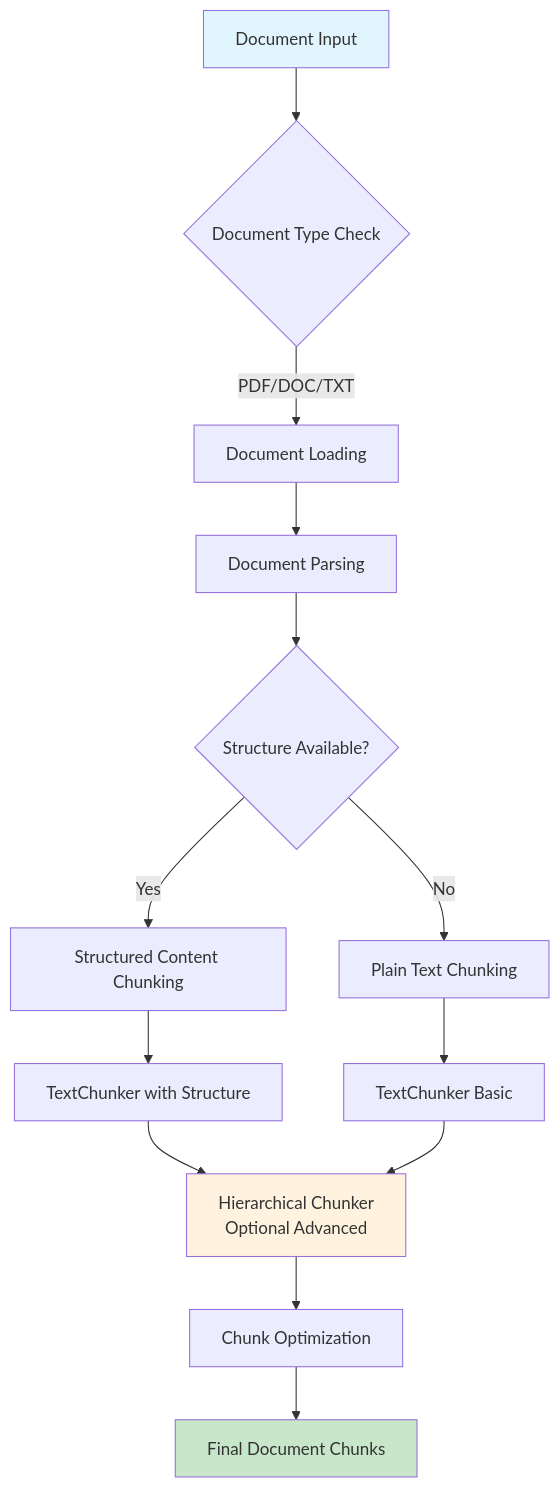
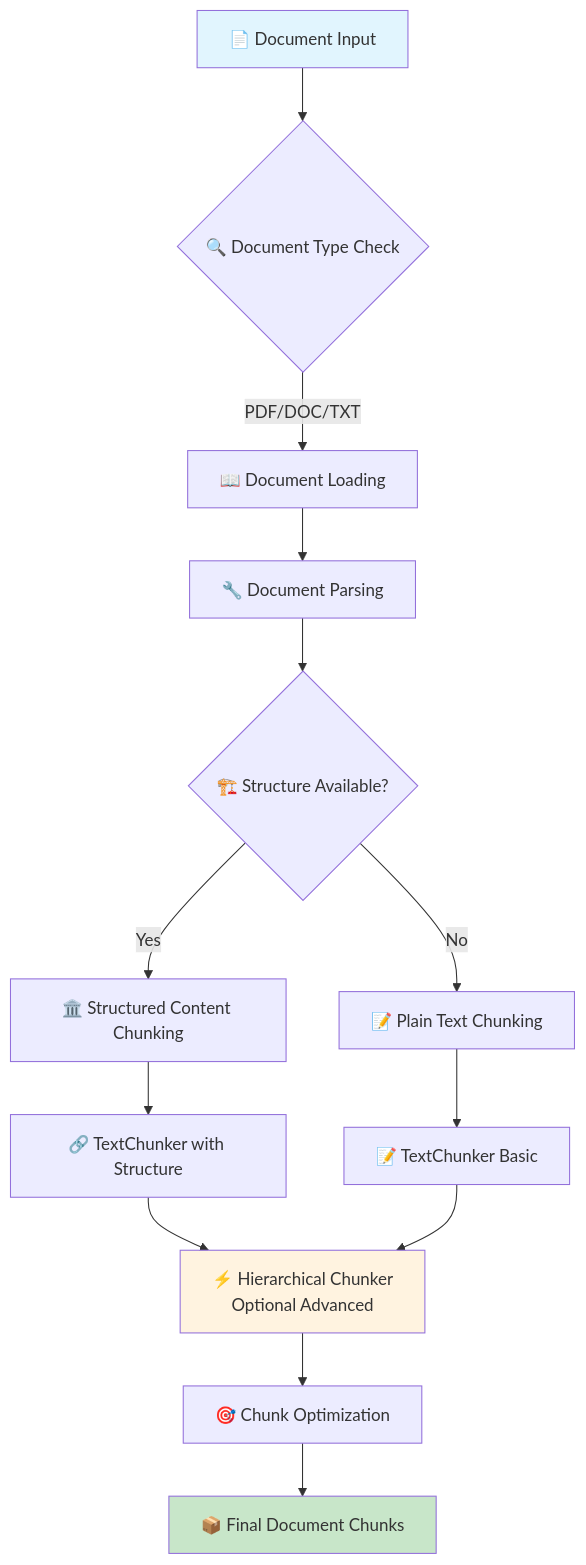
One commit to excetra-product-lab/chat_with_docs changed the second of 7 diagrams in README.md. Above: the diagram before and after it, drawn with Mermaid. The commit also changed other lines of this file, not shown here.

First line of the commit message:
docs: improve README chunking documentation with clearer diagrams and examples

````diff
--- a/README.md
+++ b/README.md
@@ -169,19 +192,19 @@
 ```mermaid
 graph TD
-    A[Document Input] --> B{Document Type Check}
-    B -->|PDF/DOC/TXT| C[Document Loading]
-    C --> D[Document Parsing]
-    D --> E{Structure Available?}
-    E -->|Yes| F[Structured Content Chunking]
-    E -->|No| G[Plain Text Chunking]
-    F --> H[TextChunker with Structure]
-    G --> I[TextChunker Basic]
-    H --> J[Hierarchical Chunker<br/>Optional Advanced]
+    A[📄 Document Input] --> B{🔍 Document Type Check}
+    B -->|PDF/DOC/TXT| C[📖 Document Loading]
+    C --> D[🔧 Document Parsing]
+    D --> E{🏗️ Structure Available?}
+    E -->|Yes| F[🏛️ Structured Content Chunking]
+    E -->|No| G[📝 Plain Text Chunking]
+    F --> H[🔗 TextChunker with Structure]
+    G --> I[📝 TextChunker Basic]
+    H --> J[⚡ Hierarchical Chunker<br/>Optional Advanced]
     I --> J
-    J --> K[Chunk Optimization]
-    K --> L[Final Document Chunks]
+    J --> K[🎯 Chunk Optimization]
+    K --> L[📦 Final Document Chunks]
 
     style A fill:#e1f5fe
     style L fill:#c8e6c9
     style J fill:#fff3e0
 ```
````
